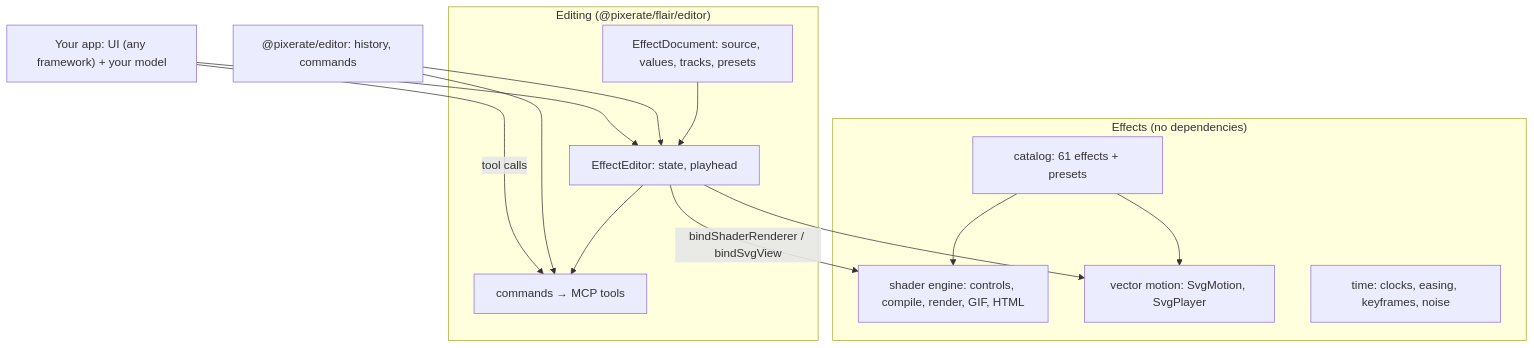
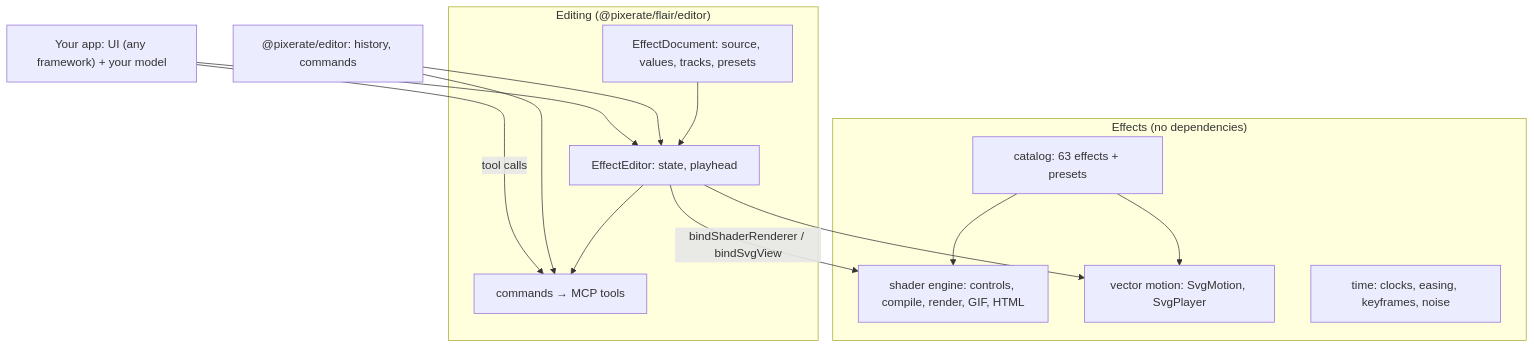
The diagram in README.md (Pixerate/flair), drawn with Mermaid before and after one commit. The commit also changed other lines of this file and 4 other files, not shown here.

First line of the commit message:
feat(catalog): add flow network and light ribbons effects

````diff
--- a/README.md
+++ b/README.md
@@ -55,27 +55,27 @@
 ```mermaid
 graph TD
   subgraph Effects["Effects (no dependencies)"]
-    Catalog["catalog: 61 effects + presets"]
+    Catalog["catalog: 63 effects + presets"]
     Shader["shader engine: controls, compile, render, GIF, HTML"]
     Vector["vector motion: SvgMotion, SvgPlayer"]
     Time["time: clocks, easing, keyframes, noise"]
   end
   subgraph Editing["Editing (@pixerate/flair/editor)"]
     Doc["EffectDocument: source, values, tracks, presets"]
     Editor["EffectEditor: state, playhead"]
     Cmds["commands → MCP tools"]
   end
   PE["@pixerate/editor: history, commands"]
   Host["Your app: UI (any framework) + your model"]
 
   Catalog --> Shader
   Catalog --> Vector
   Doc --> Editor
   Editor --> Cmds
   PE --> Editor
   PE --> Cmds
   Editor -- bindShaderRenderer / bindSvgView --> Shader
   Editor --> Vector
   Host --> Editor
   Host -- tool calls --> Cmds
 ```
````
